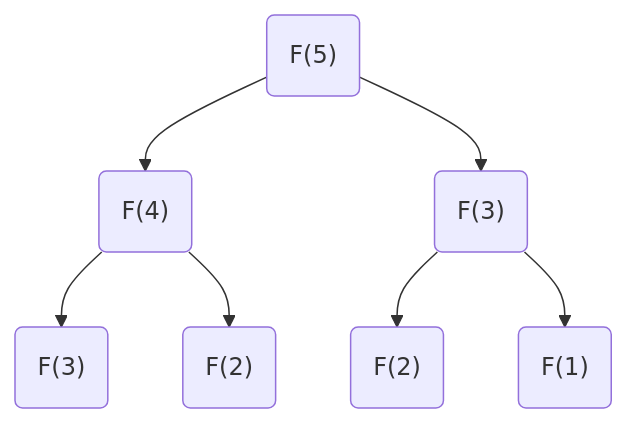
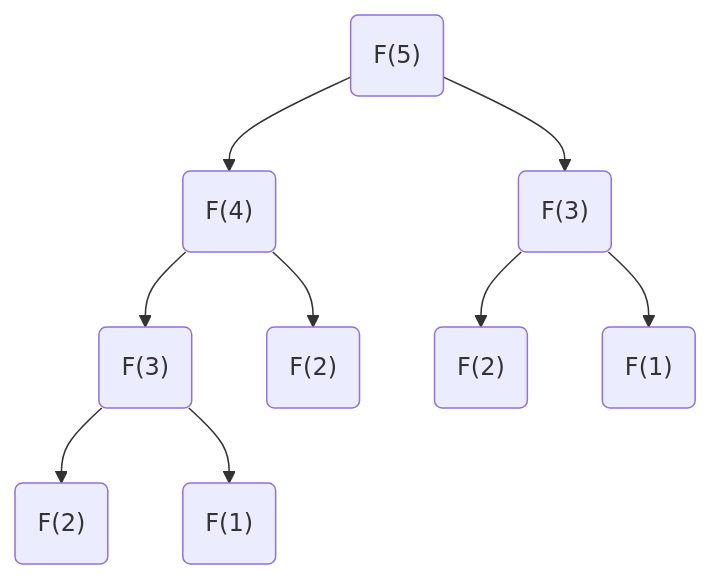
Before and after one commit to lec-algorithm/lecture: the second of 2 diagrams in site/src/content/slides/ko/topic-01-intro-search/index.mdx, drawn with Mermaid. The commit also changed other lines of this file, not shown here.

````diff
--- a/site/src/content/slides/ko/topic-01-intro-search/index.mdx
+++ b/site/src/content/slides/ko/topic-01-intro-search/index.mdx
@@ -172,9 +339,11 @@
 ```mermaid
 flowchart TD
     F5("F(5)") --> F4a("F(4)")
     F5 --> F3a("F(3)")
     F4a --> F3b("F(3)")
     F4a --> F2a("F(2)")
     F3a --> F2b("F(2)")
     F3a --> F1a("F(1)")
+    F3b --> F2c("F(2)")
+    F3b --> F1b("F(1)")
 ```
````
